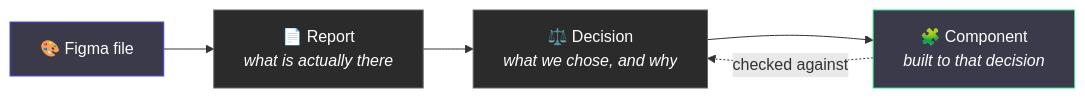
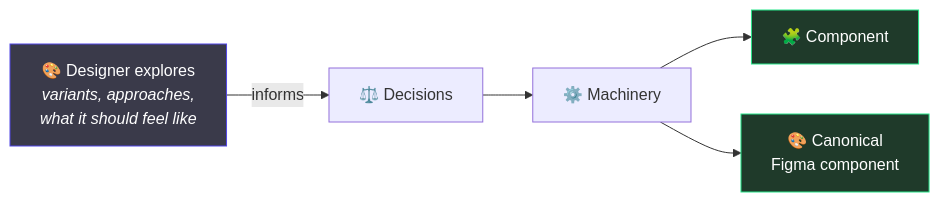
The second of 2 diagrams in docs/documentation/01-what-this-is.md (cris-achiardi/weave-ds-template), drawn with Mermaid before and after one commit. The commit also changed other lines of this file and 6 other files, not shown here.

````diff
--- a/docs/documentation/01-what-this-is.md
+++ b/docs/documentation/01-what-this-is.md
@@ -26,11 +59,10 @@
 ```mermaid
 flowchart LR
-  F["🎨 Figma file"] --> R["📄 Report<br/><i>what is actually there</i>"]
-  R --> A["⚖️ Decision<br/><i>what we chose, and why</i>"]
-  A --> C["🧩 Component<br/><i>built to that decision</i>"]
-  C -.->|"checked against"| A
-  style F fill:#3a3a4a,stroke:#5146e6,color:#fff
-  style R fill:#2b2b2b,stroke:#666,color:#fff
-  style A fill:#2b2b2b,stroke:#666,color:#fff
-  style C fill:#3a3a4a,stroke:#26e589,color:#fff
+  E["🎨 Designer explores<br/><i>variants, approaches,<br/>what it should feel like</i>"] -->|"informs"| D["⚖️ Decisions"]
+  D --> M["⚙️ Machinery"]
+  M --> CODE["🧩 Component"]
+  M --> FIG["🎨 Canonical<br/>Figma component"]
+  style E fill:#3a3a4a,stroke:#5146e6,color:#fff
+  style FIG fill:#1f3a2a,stroke:#26e589,color:#fff
+  style CODE fill:#1f3a2a,stroke:#26e589,color:#fff
 ```
````
